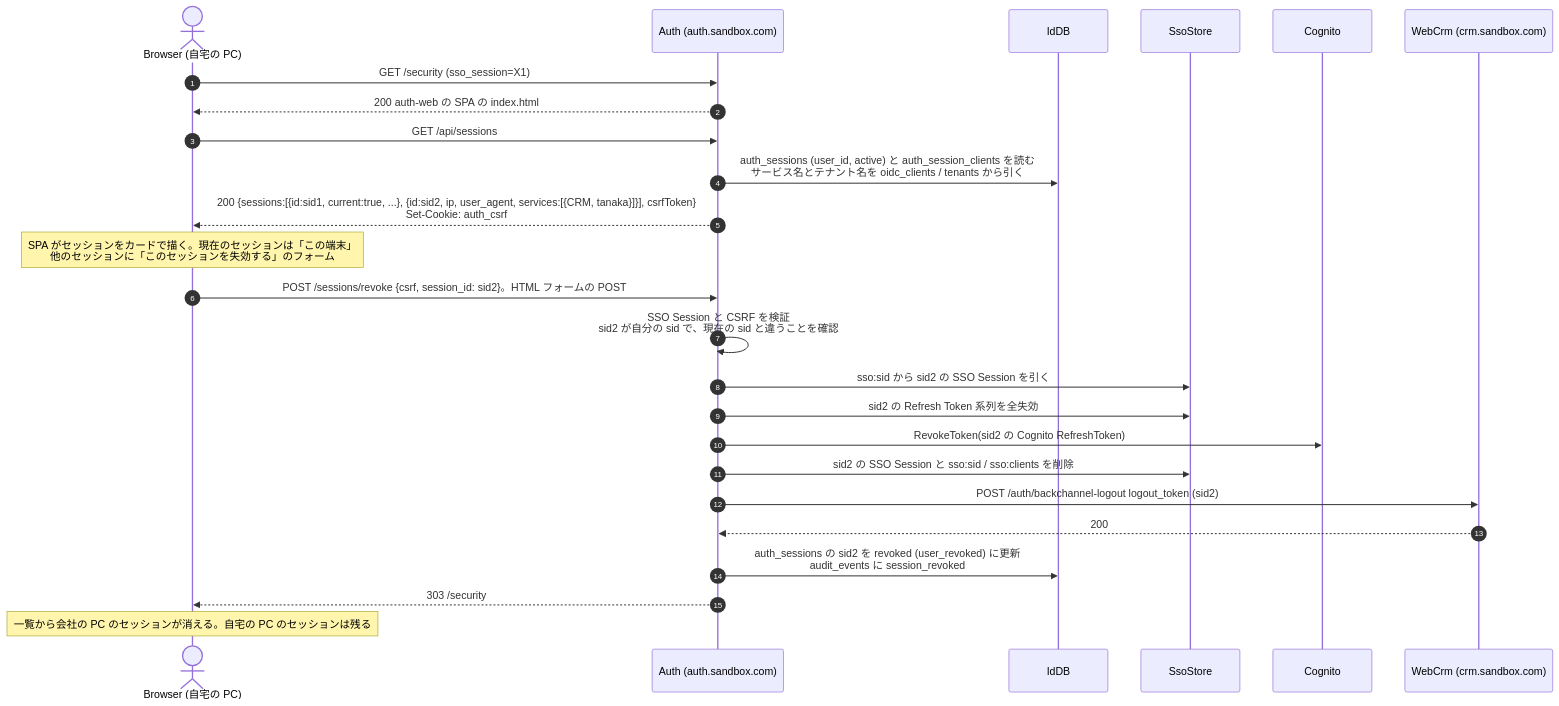
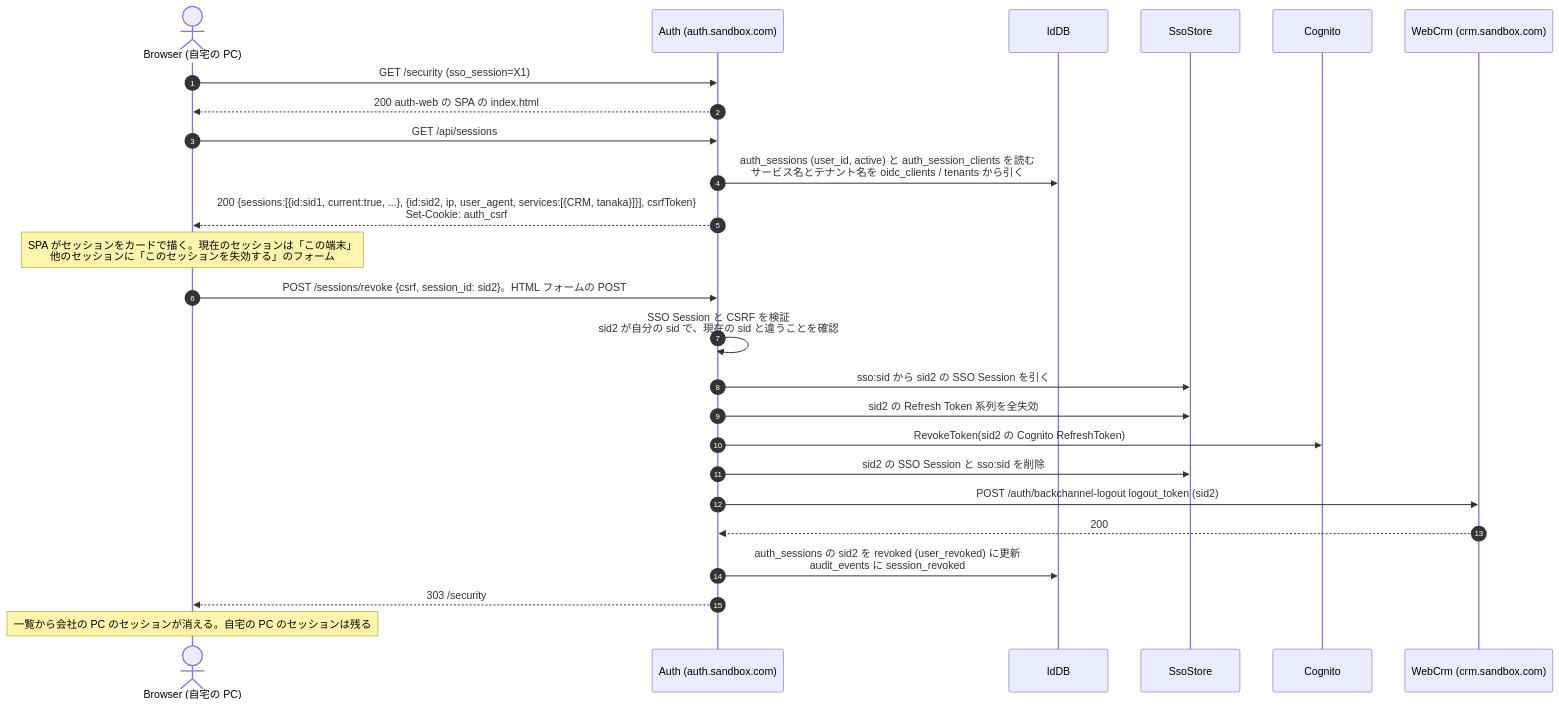
Diagram 18 of 19 in docs/design/02-auth-sequences.md (daisuke-tanabe/multi-domain-sandbox), drawn with Mermaid before and after one commit. The commit also changed other lines of this file and 117 other files, not shown here.

````diff
--- a/docs/design/02-auth-sequences.md
+++ b/docs/design/02-auth-sequences.md
@@ -749,28 +751,28 @@
 ```mermaid
 sequenceDiagram
     autonumber
     actor Browser as Browser (自宅の PC)
     participant Auth as Auth (auth.sandbox.com)
     participant IdDB
     participant SsoStore
     participant Cognito
     participant WebCrm as WebCrm (crm.sandbox.com)
 
     Browser->>Auth: GET /security (sso_session=X1)
     Auth-->>Browser: 200 auth-web の SPA の index.html
     Browser->>Auth: GET /api/sessions
     Auth->>IdDB: auth_sessions (user_id, active) と auth_session_clients を読む<br/>サービス名とテナント名を oidc_clients / tenants から引く
     Auth-->>Browser: 200 {sessions:[{id:sid1, current:true, ...}, {id:sid2, ip, user_agent, services:[{CRM, tanaka}]}], csrfToken}<br/>Set-Cookie: auth_csrf
     Note over Browser: SPA がセッションをカードで描く。現在のセッションは「この端末」<br/>他のセッションに「このセッションを失効する」のフォーム
     Browser->>Auth: POST /sessions/revoke {csrf, session_id: sid2}。HTML フォームの POST
     Auth->>Auth: SSO Session と CSRF を検証<br/>sid2 が自分の sid で、現在の sid と違うことを確認
     Auth->>SsoStore: sso:sid から sid2 の SSO Session を引く
     Auth->>SsoStore: sid2 の Refresh Token 系列を全失効
     Auth->>Cognito: RevokeToken(sid2 の Cognito RefreshToken)
-    Auth->>SsoStore: sid2 の SSO Session と sso:sid / sso:clients を削除
+    Auth->>SsoStore: sid2 の SSO Session と sso:sid を削除
     Auth->>WebCrm: POST /auth/backchannel-logout logout_token (sid2)
     WebCrm-->>Auth: 200
     Auth->>IdDB: auth_sessions の sid2 を revoked (user_revoked) に更新<br/>audit_events に session_revoked
     Auth-->>Browser: 303 /security
     Note over Browser: 一覧から会社の PC のセッションが消える。自宅の PC のセッションは残る
 ```
````
